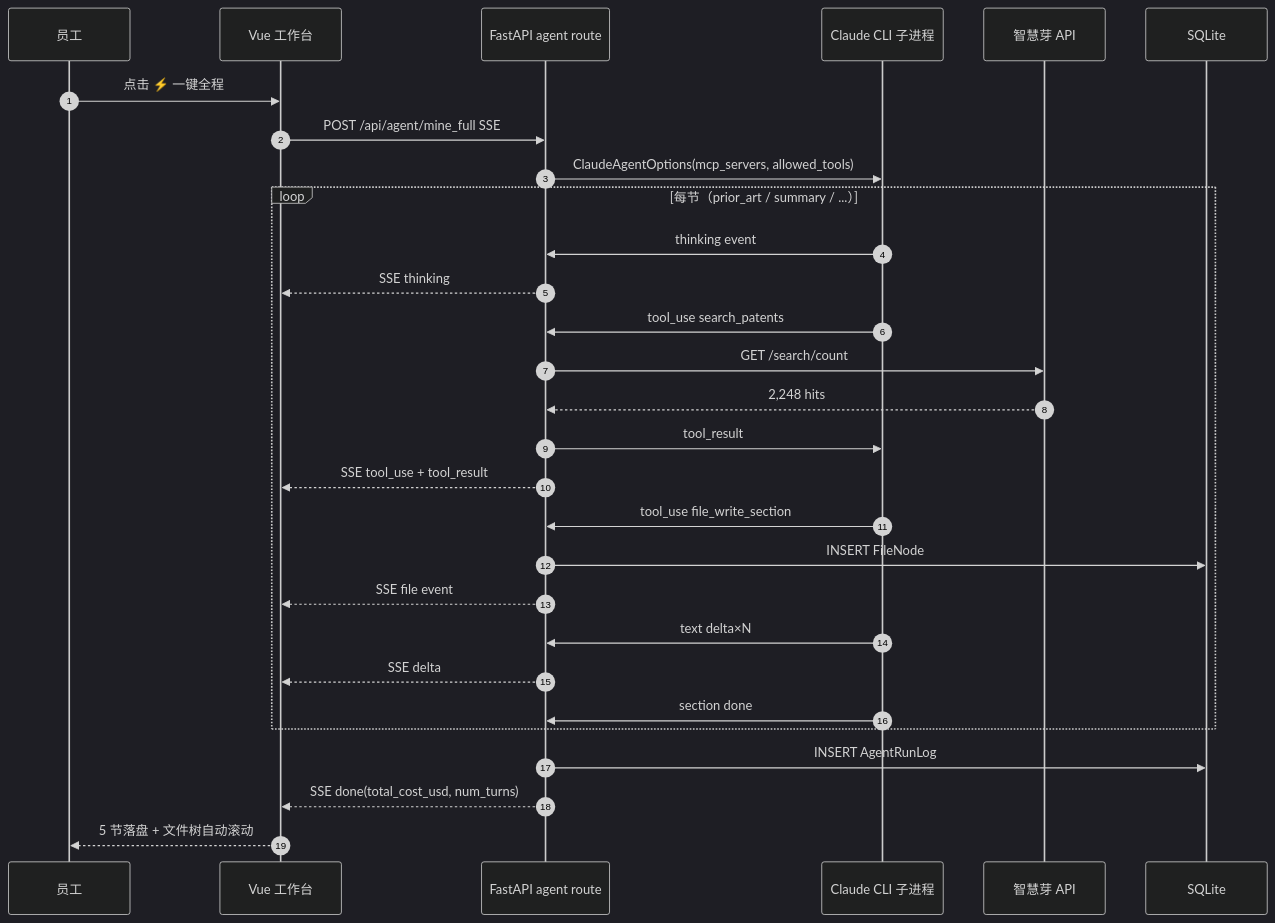
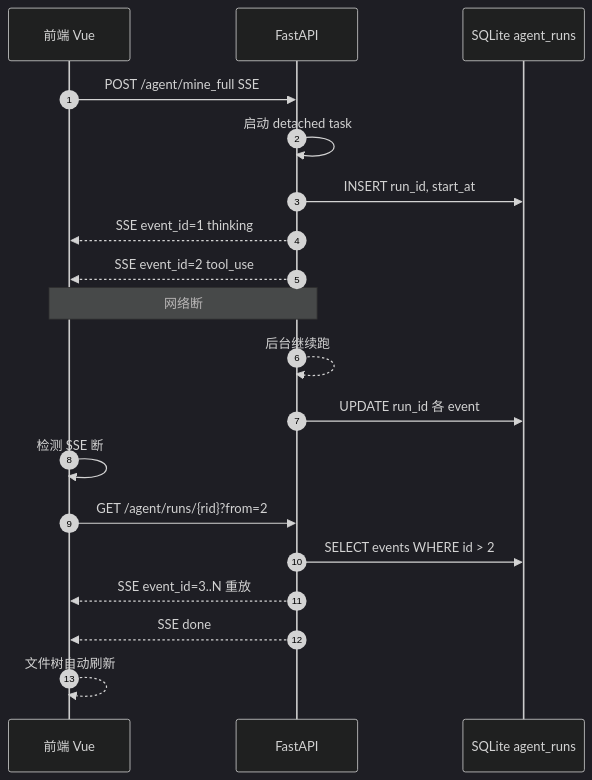
The fifth of 7 diagrams in docs/prd.md (ChuangLee/PatentlyPatent), drawn with Mermaid (dark theme) before and after one commit. The commit also changed other lines of this file and 45 other files, not shown here.

````diff
--- a/docs/prd.md
+++ b/docs/prd.md
@@ -227,32 +381,22 @@
 ```mermaid
 sequenceDiagram
     autonumber
-    participant U as 员工
-    participant FE as Vue 工作台
-    participant BE as FastAPI agent route
-    participant CLI as Claude CLI 子进程
-    participant ZHY as 智慧芽 API
-    participant DB as SQLite
+    participant FE as 前端 Vue
+    participant BE as FastAPI
+    participant DB as SQLite agent_runs
 
-    U->>FE: 点击 ⚡ 一键全程
-    FE->>BE: POST /api/agent/mine_full SSE
-    BE->>CLI: ClaudeAgentOptions(mcp_servers, allowed_tools)
-    loop 每节（prior_art / summary / ...）
-        CLI->>BE: thinking event
-        BE-->>FE: SSE thinking
-        CLI->>BE: tool_use search_patents
-        BE->>ZHY: GET /search/count
-        ZHY-->>BE: 2,248 hits
-        BE->>CLI: tool_result
-        BE-->>FE: SSE tool_use + tool_result
-        CLI->>BE: tool_use file_write_section
-        BE->>DB: INSERT FileNode
-        BE-->>FE: SSE file event
-        CLI->>BE: text delta×N
-        BE-->>FE: SSE delta
-        CLI->>BE: section done
-    end
-    BE->>DB: INSERT AgentRunLog
-    BE-->>FE: SSE done(total_cost_usd, num_turns)
-    FE-->>U: 5 节落盘 + 文件树自动滚动
+    FE->>BE: POST /agent/mine_full SSE
+    BE->>BE: 启动 detached task
+    BE->>DB: INSERT run_id, start_at
+    BE-->>FE: SSE event_id=1 thinking
+    BE-->>FE: SSE event_id=2 tool_use
+    Note over FE,BE: 网络断
+    BE-->>BE: 后台继续跑
+    BE->>DB: UPDATE run_id 各 event
+    FE->>FE: 检测 SSE 断
+    FE->>BE: GET /agent/runs/{rid}?from=2
+    BE->>DB: SELECT events WHERE id > 2
+    BE-->>FE: SSE event_id=3..N 重放
+    BE-->>FE: SSE done
+    FE-->>FE: 文件树自动刷新
 ```
````
